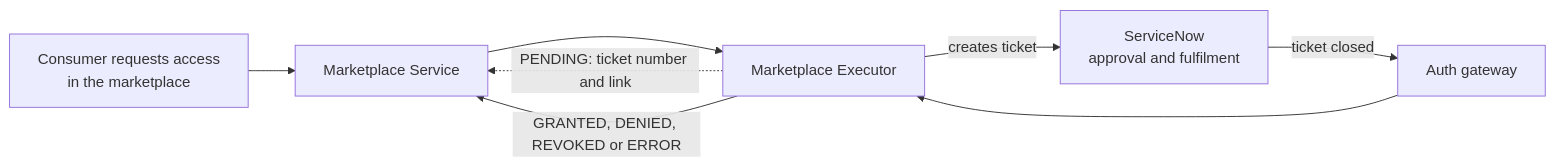
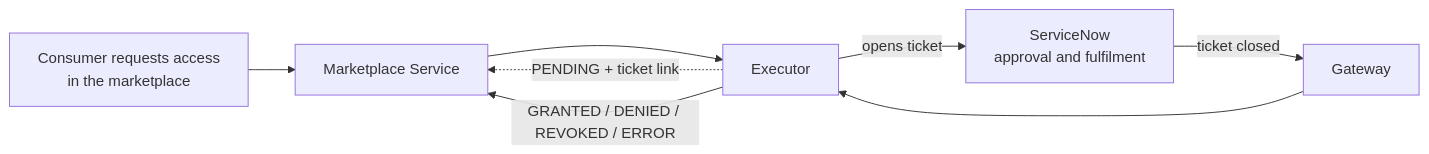
One commit to opendatamesh-initiative/odm-platform-adapter-marketplace-executor-servicenow changed the diagram in README.md. Above: the diagram before and after it, drawn with Mermaid. The commit also changed other lines of this file and 26 other files, not shown here.

````diff
--- a/README.md
+++ b/README.md
@@ -24,10 +14,9 @@
 ```mermaid
 flowchart LR
   U[Consumer requests access<br/>in the marketplace] --> M[Marketplace Service]
-  M --> E[Marketplace Executor]
-  E -->|creates ticket| SN[ServiceNow<br/>approval and fulfilment]
-  E -.->|PENDING: ticket number and link| M
-  SN -->|ticket closed| A[Auth gateway]
-  A --> E
-  E -->|GRANTED, DENIED, REVOKED or ERROR| M
+  M --> E[Executor]
+  E -->|opens ticket| SN[ServiceNow<br/>approval and fulfilment]
+  E -.->|PENDING + ticket link| M
+  SN -->|ticket closed| G[Gateway] --> E
+  E -->|GRANTED / DENIED / REVOKED / ERROR| M
 ```
````
